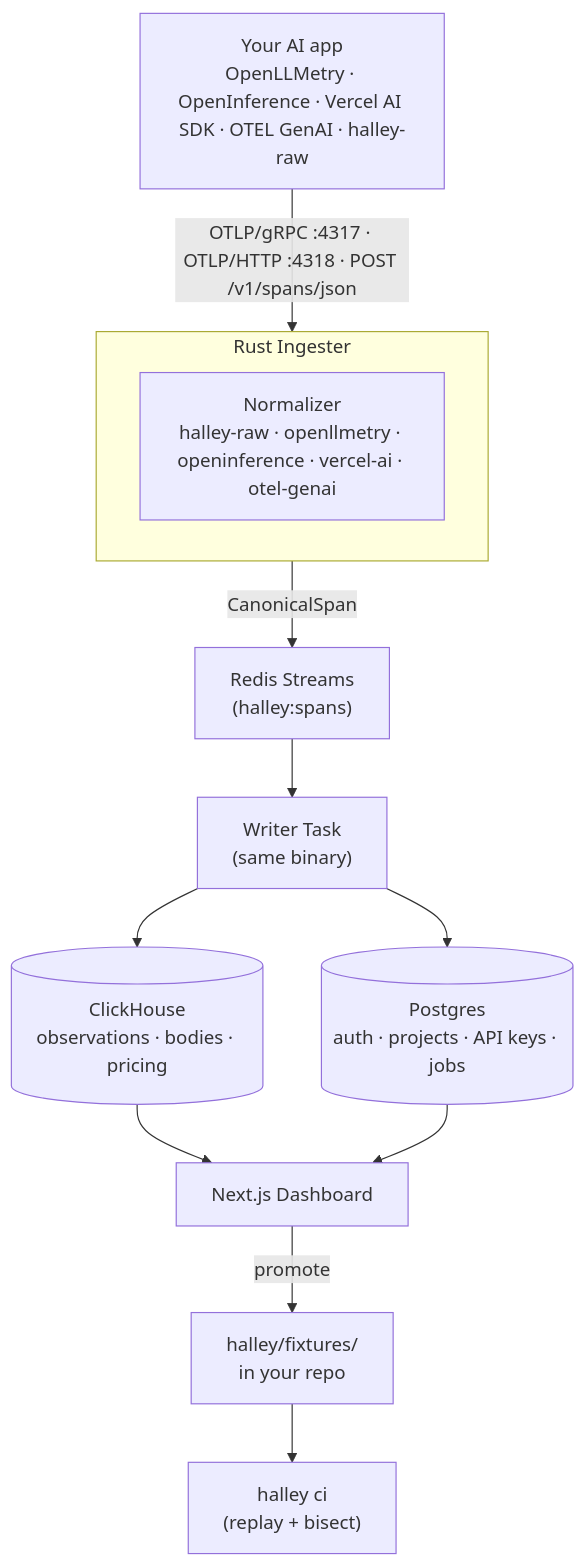
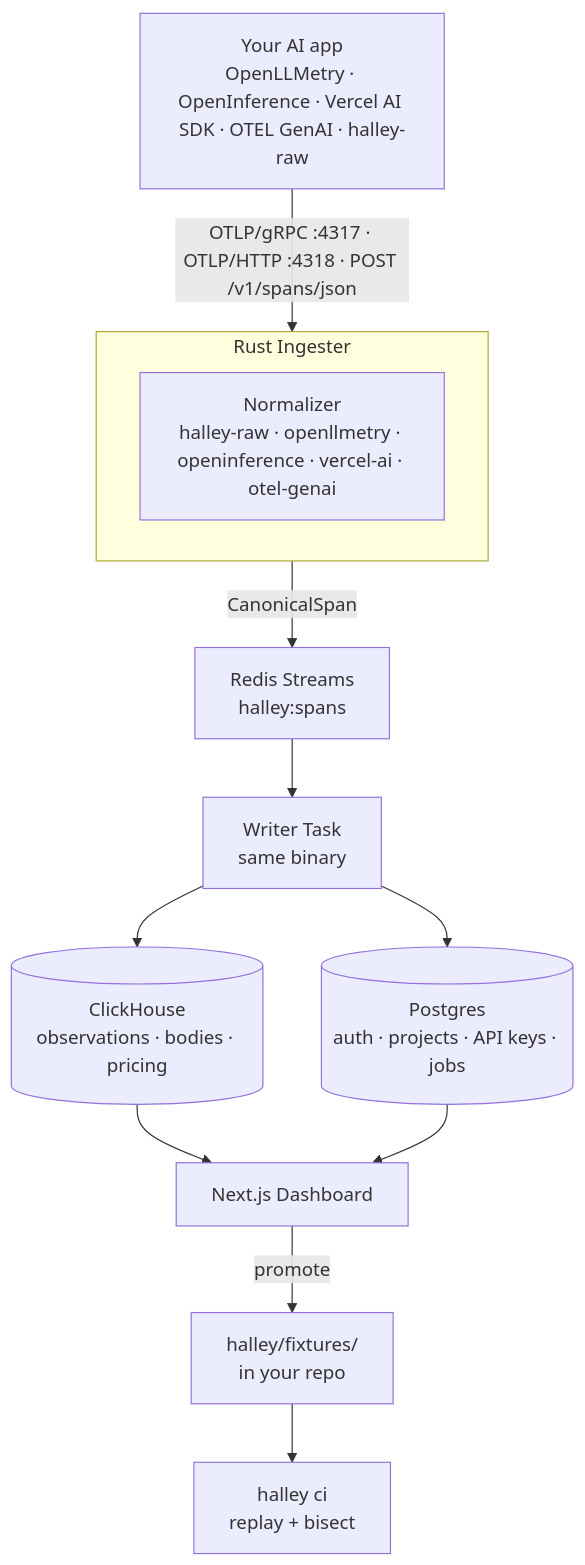
The diagram in README.md (A-Wattamwar/halley), drawn with Mermaid before and after one commit. The commit also changed 2 other files, not shown here.

Commit message:
fix: README architecture mermaid diagram rendering (remove parens in node labels)

````diff
--- a/README.md
+++ b/README.md
@@ -135,18 +135,18 @@
 ```mermaid
 flowchart TD
     app["Your AI app<br/>OpenLLMetry · OpenInference · Vercel AI SDK · OTEL GenAI · halley-raw"]
     app -->|"OTLP/gRPC :4317 · OTLP/HTTP :4318 · POST /v1/spans/json"| ingester
 
     subgraph ingester["Rust Ingester"]
         normalizer["Normalizer<br/>halley-raw · openllmetry · openinference · vercel-ai · otel-genai"]
     end
 
-    ingester -->|CanonicalSpan| redis["Redis Streams<br/>(halley:spans)"]
-    redis --> writer["Writer Task<br/>(same binary)"]
+    ingester -->|CanonicalSpan| redis["Redis Streams<br/>halley:spans"]
+    redis --> writer["Writer Task<br/>same binary"]
     writer --> clickhouse[("ClickHouse<br/>observations · bodies · pricing")]
     writer --> postgres[("Postgres<br/>auth · projects · API keys · jobs")]
     clickhouse --> dashboard["Next.js Dashboard"]
     postgres --> dashboard
     dashboard -->|promote| fixtures["halley/fixtures/<br/>in your repo"]
-    fixtures --> ci["halley ci<br/>(replay + bisect)"]
+    fixtures --> ci["halley ci<br/>replay + bisect"]
 ```
````
